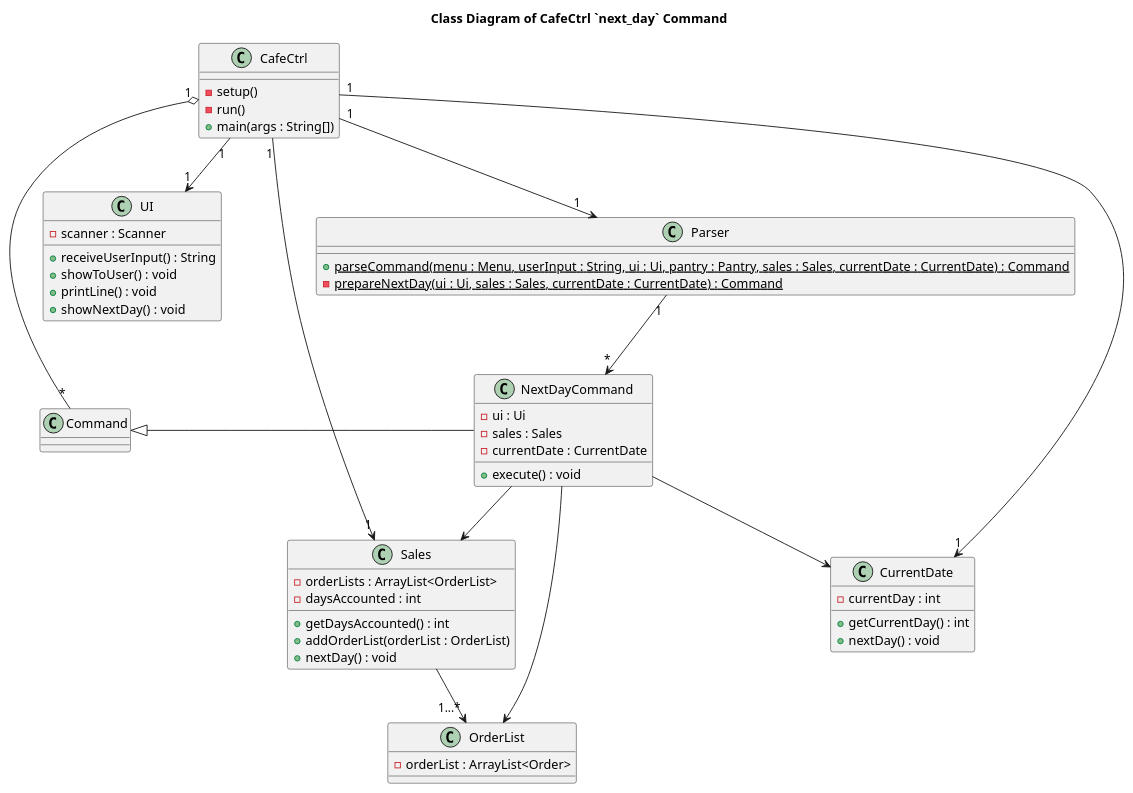
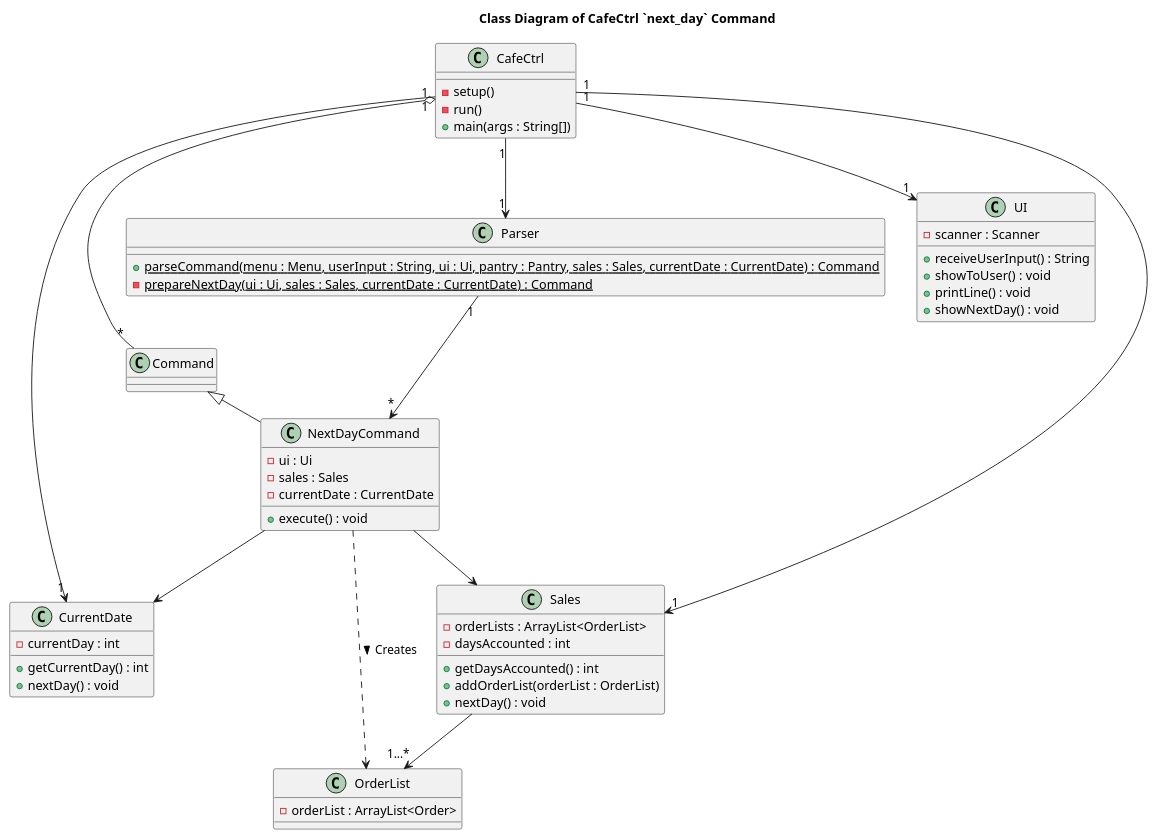
Before and after one commit to nus-cs2113-AY2324S1/tp: the diagram in docs/diagrams/class/NextDayCommandClass.puml, drawn with PlantUML. The commit also changed 5 other files, not shown here.

```diff
--- a/docs/diagrams/class/NextDayCommandClass.puml
+++ b/docs/diagrams/class/NextDayCommandClass.puml
@@ -1,67 +1,67 @@
 @startuml
 'https://plantuml.com/class-diagram
 
 title Class Diagram of CafeCtrl `next_day` Command
 
 CafeCtrl "1" --> "1" UI
 CafeCtrl "1" --> "1" Parser
 CafeCtrl "1" --> "1" Sales
 CafeCtrl "1" --> "1" CurrentDate
 CafeCtrl "1" o-- "*" Command
 
 Command <|- NextDayCommand
 Parser "1" --> "*" NextDayCommand
-NextDayCommand --> OrderList
+NextDayCommand ..> OrderList : Creates >
 NextDayCommand --> CurrentDate
 NextDayCommand --> Sales
 Sales --> "1...*" OrderList
 
 class CafeCtrl {
 - setup()
 - run()
 + main(args : String[])
 }
 
 class Command {
 
 }
 
 class UI {
 - scanner : Scanner
 + receiveUserInput() : String
 + showToUser() : void
 + printLine() : void
 + showNextDay() : void
 }
 
 class NextDayCommand {
 - ui : Ui
 - sales : Sales
 - currentDate : CurrentDate
 + execute() : void
 }
 
 class Parser {
 {static} + parseCommand(menu : Menu, userInput : String, ui : Ui, pantry : Pantry, sales : Sales, currentDate : CurrentDate) : Command
 {static} - prepareNextDay(ui : Ui, sales : Sales, currentDate : CurrentDate) : Command
 }
 
 class OrderList {
 - orderList : ArrayList<Order>
 }
 
 class Sales {
 - orderLists : ArrayList<OrderList>
 - daysAccounted : int
 + getDaysAccounted() : int
 + addOrderList(orderList : OrderList)
 + nextDay() : void
 }
 
 class CurrentDate {
 - currentDay : int
 + getCurrentDay() : int
 + nextDay() : void
 }
 
 @enduml
```
